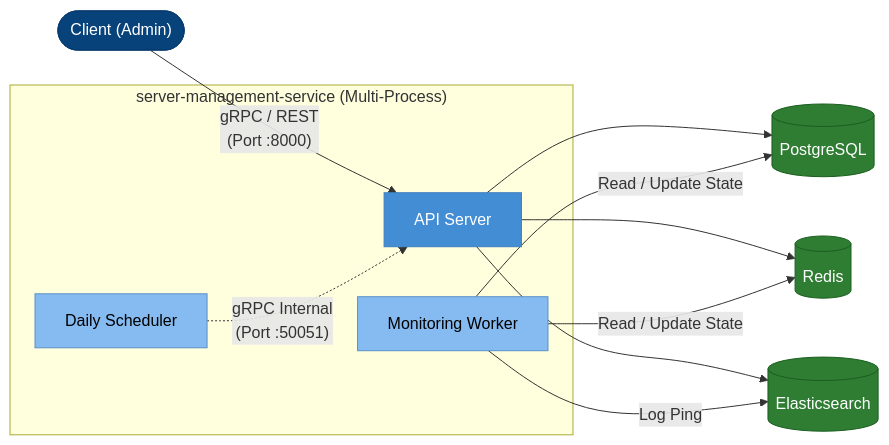
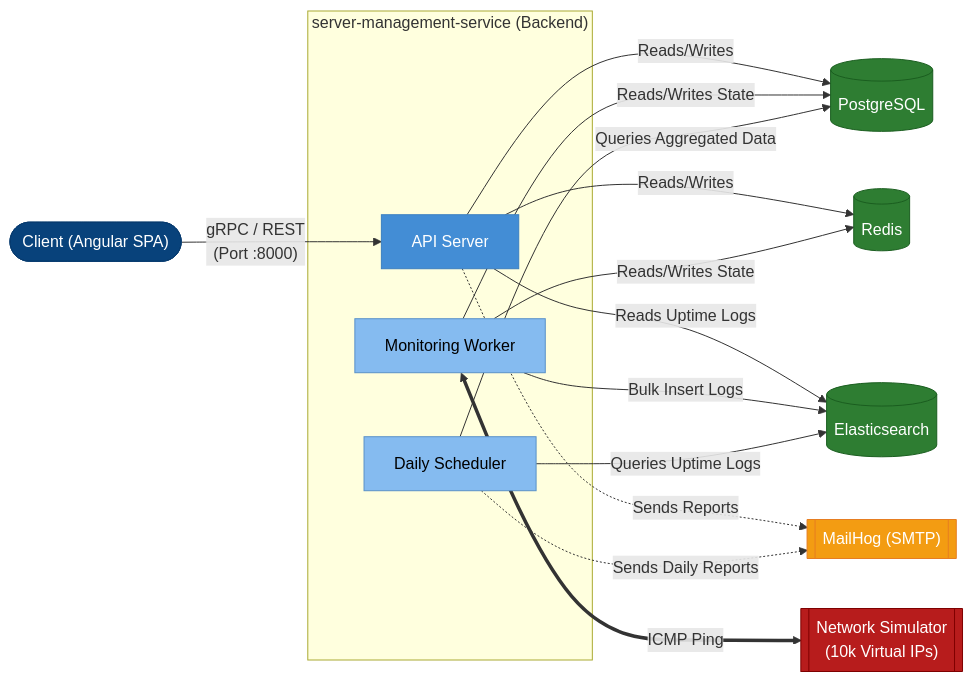
The diagram in README.md (dinhdat07/server-management-service), drawn with Mermaid before and after one commit. The commit also changed other lines of this file, not shown here.

Commit message:
docs: overhaul README, fix C4 Mermaid relationships and translate docs to English

````diff
--- a/README.md
+++ b/README.md
@@ -58,26 +64,37 @@
 ```mermaid
 flowchart LR
     classDef client fill:#08427b,color:#fff,stroke:#073b6f
     classDef api fill:#438dd5,color:#fff,stroke:#3c7fc0
     classDef worker fill:#85bbf0,color:#000,stroke:#5a91c8
     classDef db fill:#2e7d32,color:#fff,stroke:#1b5e20
+    classDef sim fill:#b71c1c,color:#fff,stroke:#7f0000
+    classDef mail fill:#f39c12,color:#fff,stroke:#e67e22
 
-    Client(["Client (Admin)"]):::client
+    Client(["Client (Angular SPA)"]):::client
 
-    subgraph Modulith["server-management-service (Multi-Process)"]
+    subgraph Modulith["server-management-service (Backend)"]
         API["API Server"]:::api
         MON["Monitoring Worker"]:::worker
         SCH["Daily Scheduler"]:::worker
     end
 
     PG[("PostgreSQL")]:::db
     RD[("Redis")]:::db
     ES[("Elasticsearch")]:::db
+    SIM[["Network Simulator\n(10k Virtual IPs)"]]:::sim
+    SMTP[["MailHog (SMTP)"]]:::mail
 
     Client -->|"gRPC / REST\n(Port :8000)"| API
-    SCH -.->|"gRPC Internal\n(Port :50051)"| API
     
-    API --> PG & RD & ES
-    MON -->|"Read / Update State"| PG & RD
-    MON -->|"Log Ping"| ES
+    API -->|"Reads/Writes"| PG & RD
+    API -->|"Reads Uptime Logs"| ES
+    API -.->|"Sends Reports"| SMTP
+    
+    MON -->|"Reads/Writes State"| PG & RD
+    MON -->|"Bulk Insert Logs"| ES
+    MON <==>|"ICMP Ping"| SIM
+    
+    SCH -->|"Queries Aggregated Data"| PG
+    SCH -->|"Queries Uptime Logs"| ES
+    SCH -.->|"Sends Daily Reports"| SMTP
 ```
````
